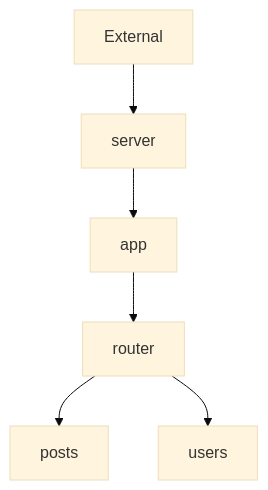
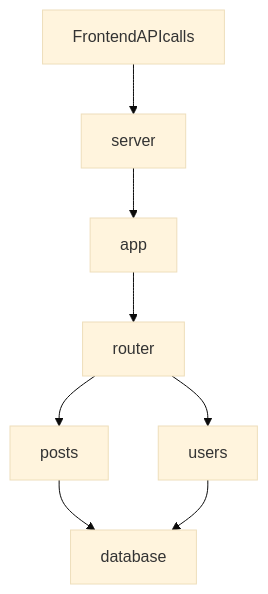
The second of 5 diagrams in Backend/Architecture/Diagrams.md (amandeepksingh/WildWhere), drawn with Mermaid (base theme) before and after one commit.

````diff
--- a/Backend/Architecture/Diagrams.md
+++ b/Backend/Architecture/Diagrams.md
@@ -14,12 +14,14 @@
 ```mermaid
 flowchart TD
-    External
+    FrontendAPIcalls
     -->server
     -->app
     -->router;
     
     router-->posts;
     router-->users;
-    
+
+    posts-->database;
+    users-->database;
 
 ```
````
